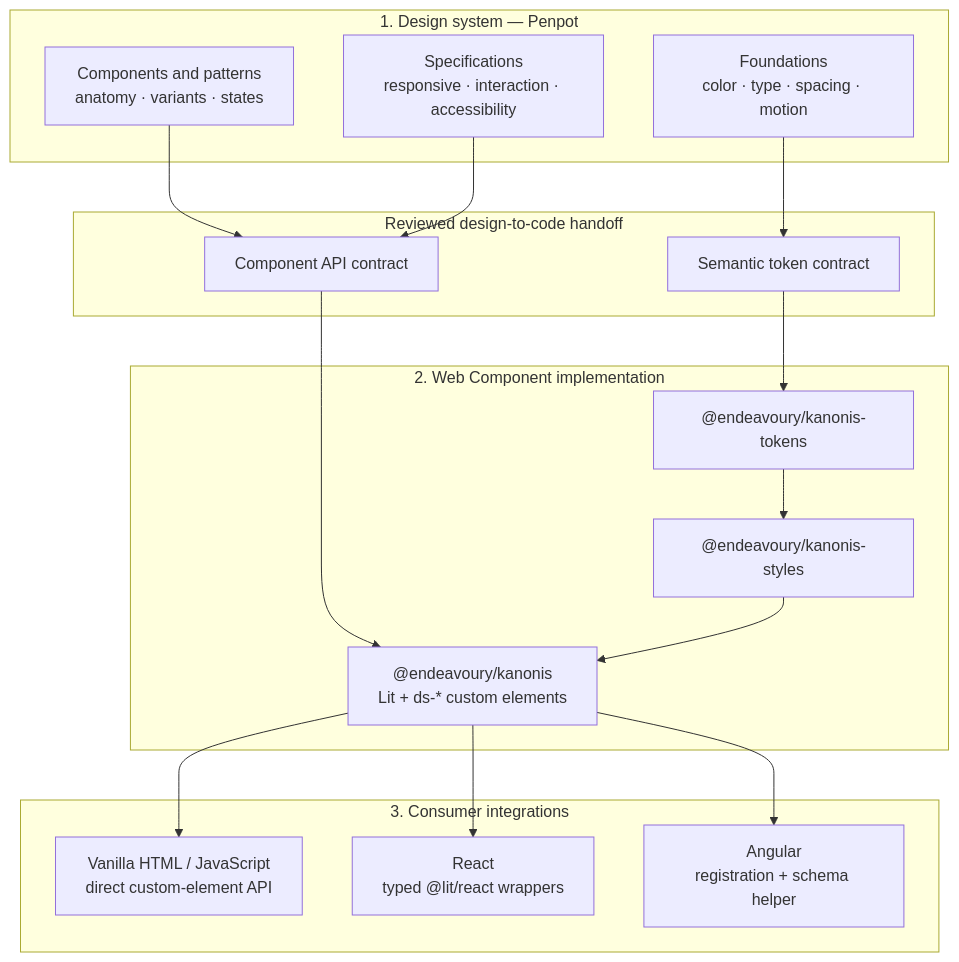
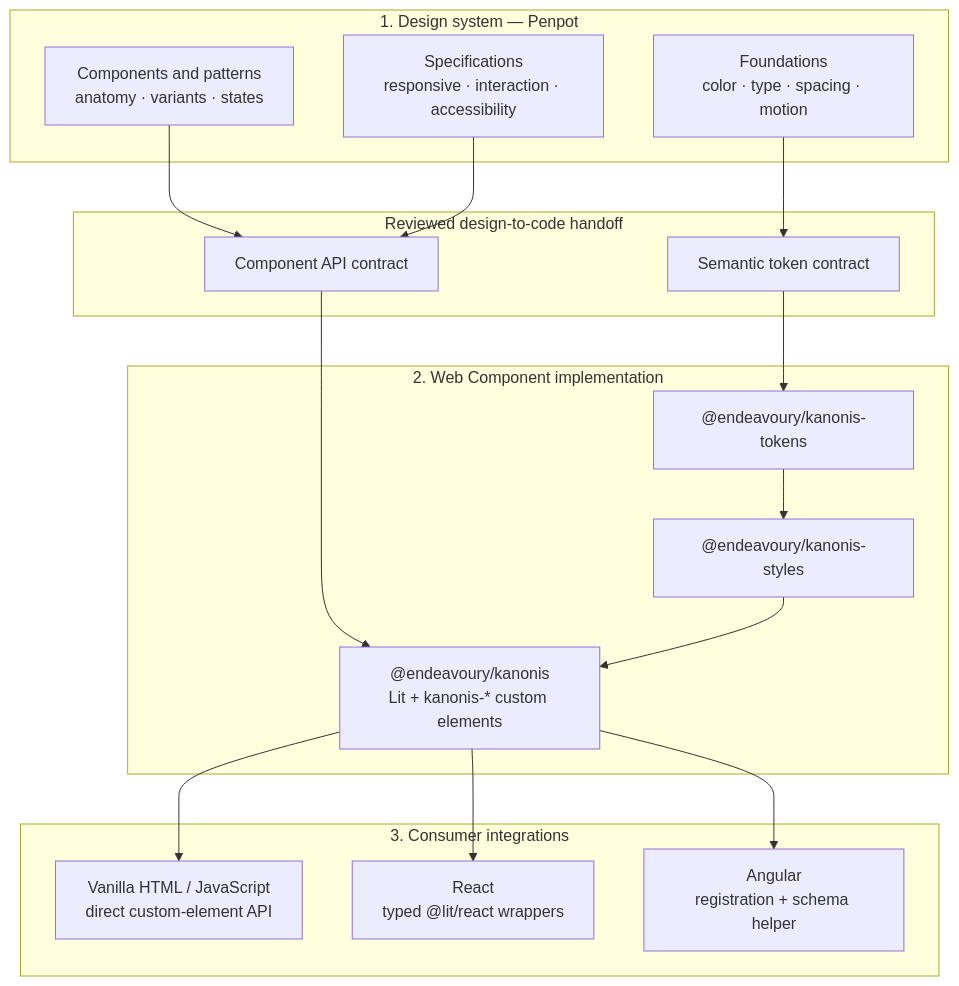
One commit to Endeavoury/Kanonis changed the first of 3 diagrams in docs/architecture.md. Above: the diagram before and after it, drawn with Mermaid. The commit also changed other lines of this file and 100 other files, not shown here.

Commit message:
breaking: rename custom elements to kanonis prefix

````diff
--- a/docs/architecture.md
+++ b/docs/architecture.md
@@ -17,35 +17,35 @@
 ```mermaid
 flowchart TB
   subgraph L1["1. Design system — Penpot"]
     foundations["Foundations\ncolor · type · spacing · motion"]
     penpotComponents["Components and patterns\nanatomy · variants · states"]
     specifications["Specifications\nresponsive · interaction · accessibility"]
   end
 
   subgraph H["Reviewed design-to-code handoff"]
     tokenContract["Semantic token contract"]
     componentContract["Component API contract"]
   end
 
   subgraph L2["2. Web Component implementation"]
     tokens["@endeavoury/kanonis-tokens"]
     styles["@endeavoury/kanonis-styles"]
-    elements["@endeavoury/kanonis\nLit + ds-* custom elements"]
+    elements["@endeavoury/kanonis\nLit + kanonis-* custom elements"]
   end
 
   subgraph L3["3. Consumer integrations"]
     vanilla["Vanilla HTML / JavaScript\ndirect custom-element API"]
     react["React\ntyped @lit/react wrappers"]
     angular["Angular\nregistration + schema helper"]
   end
 
   foundations --> tokenContract
   penpotComponents --> componentContract
   specifications --> componentContract
   tokenContract --> tokens
   componentContract --> elements
   tokens --> styles --> elements
   elements --> vanilla
   elements --> react
   elements --> angular
 ```
````
